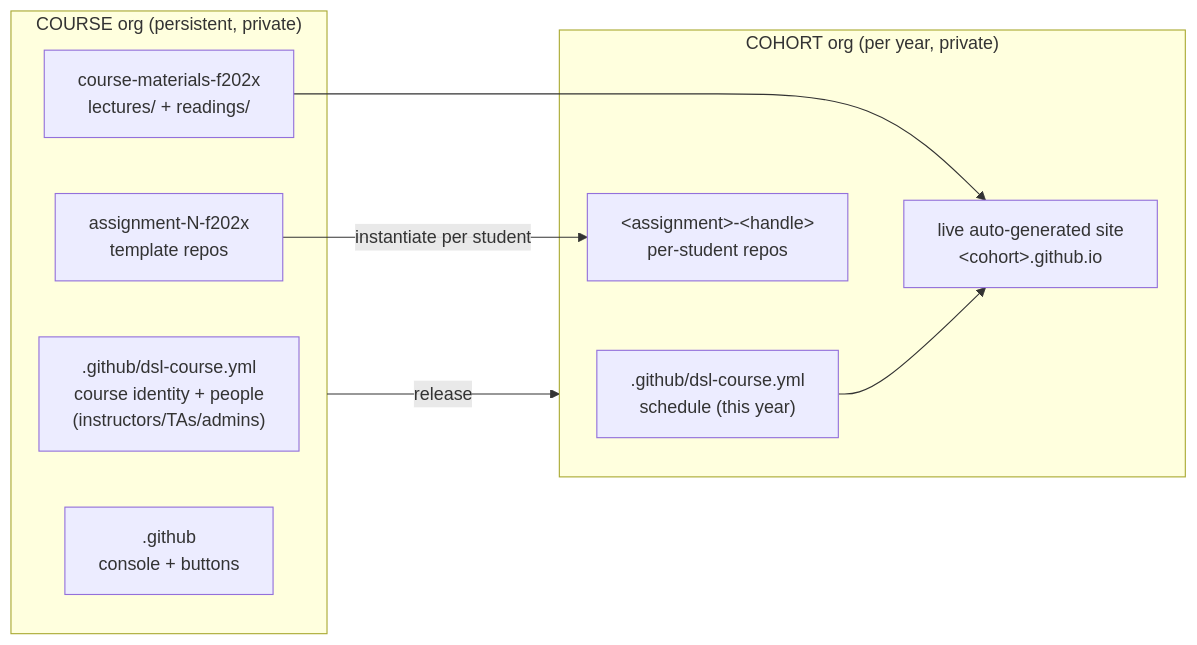
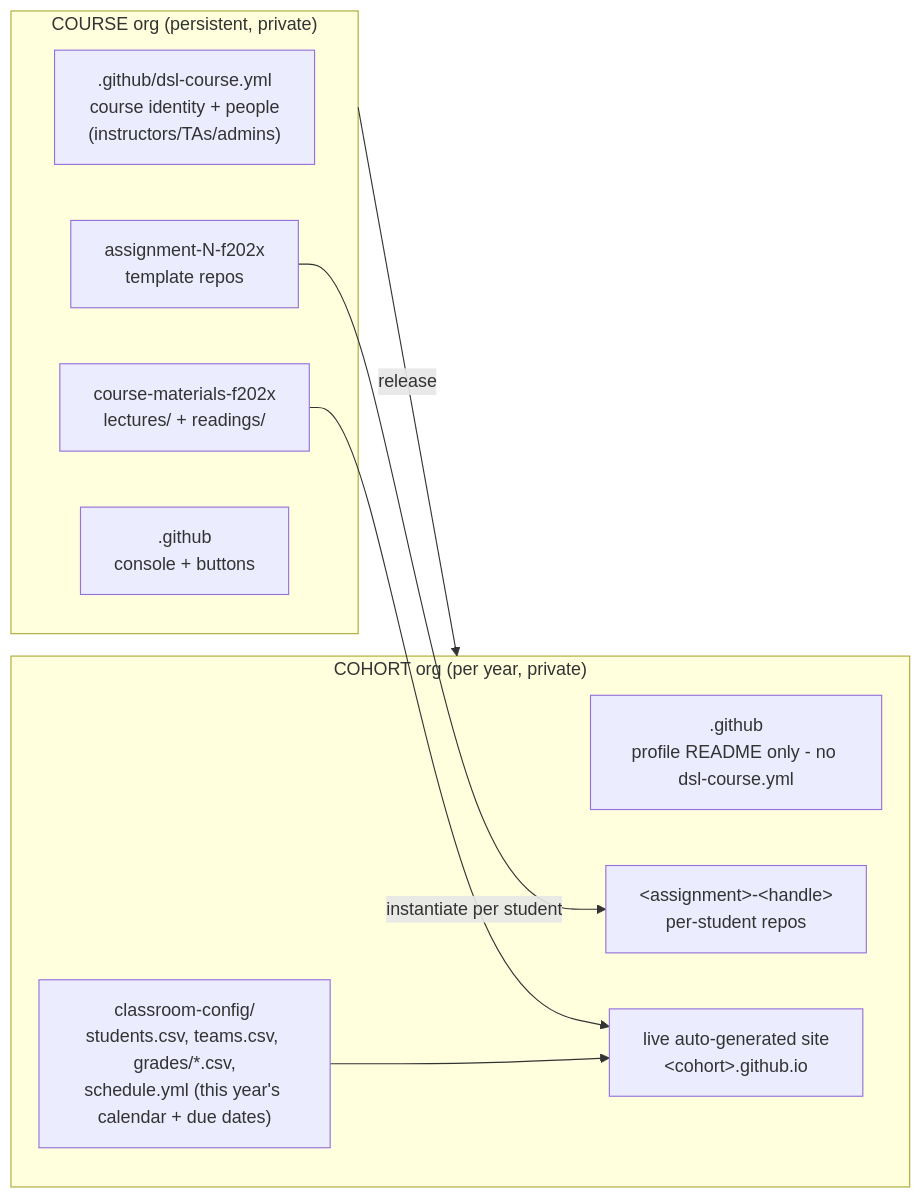
One commit to hertie-data-science-lab/dsl-teaching-course-setup changed the diagram in docs/faculty/required-input-schema.md. Above: the diagram before and after it, drawn with Mermaid. The commit also changed other lines of this file and 24 other files, not shown here.

First line of the commit message:
feat(schedule): merge cohort schedule into classroom-config/schedule.yml

````diff
--- a/docs/faculty/required-input-schema.md
+++ b/docs/faculty/required-input-schema.md
@@ -38,20 +39,21 @@
 ```mermaid
 flowchart LR
   subgraph COURSE["COURSE org (persistent, private)"]
     cfg[".github/dsl-course.yml<br/>course identity + people<br/>(instructors/TAs/admins)"]
     mat["course-materials-f202x<br/>lectures/ + readings/"]
     tmpl["assignment-N-f202x<br/>template repos"]
     console[".github<br/>console + buttons"]
   end
 
   subgraph COHORT["COHORT org (per year, private)"]
-    ccfg[".github/dsl-course.yml<br/>schedule (this year)"]
+    dotgithub[".github<br/>profile README only - no dsl-course.yml"]
+    ccfg["classroom-config/<br/>students.csv, teams.csv, grades/*.csv,<br/>schedule.yml (this year's calendar + due dates)"]
     repos["&lt;assignment&gt;-&lt;handle&gt;<br/>per-student repos"]
     site["live auto-generated site<br/>&lt;cohort&gt;.github.io"]
   end
 
   COURSE -->|release| COHORT
   tmpl -->|instantiate per student| repos
   mat --> site
   ccfg --> site
 ```
````
